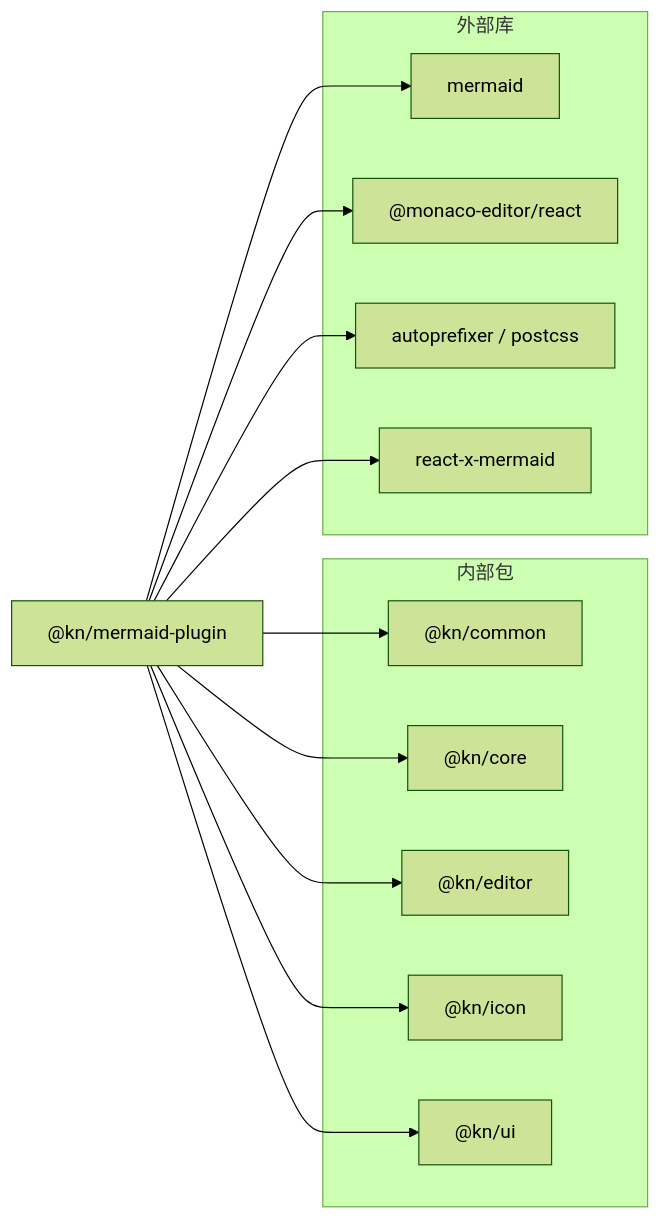
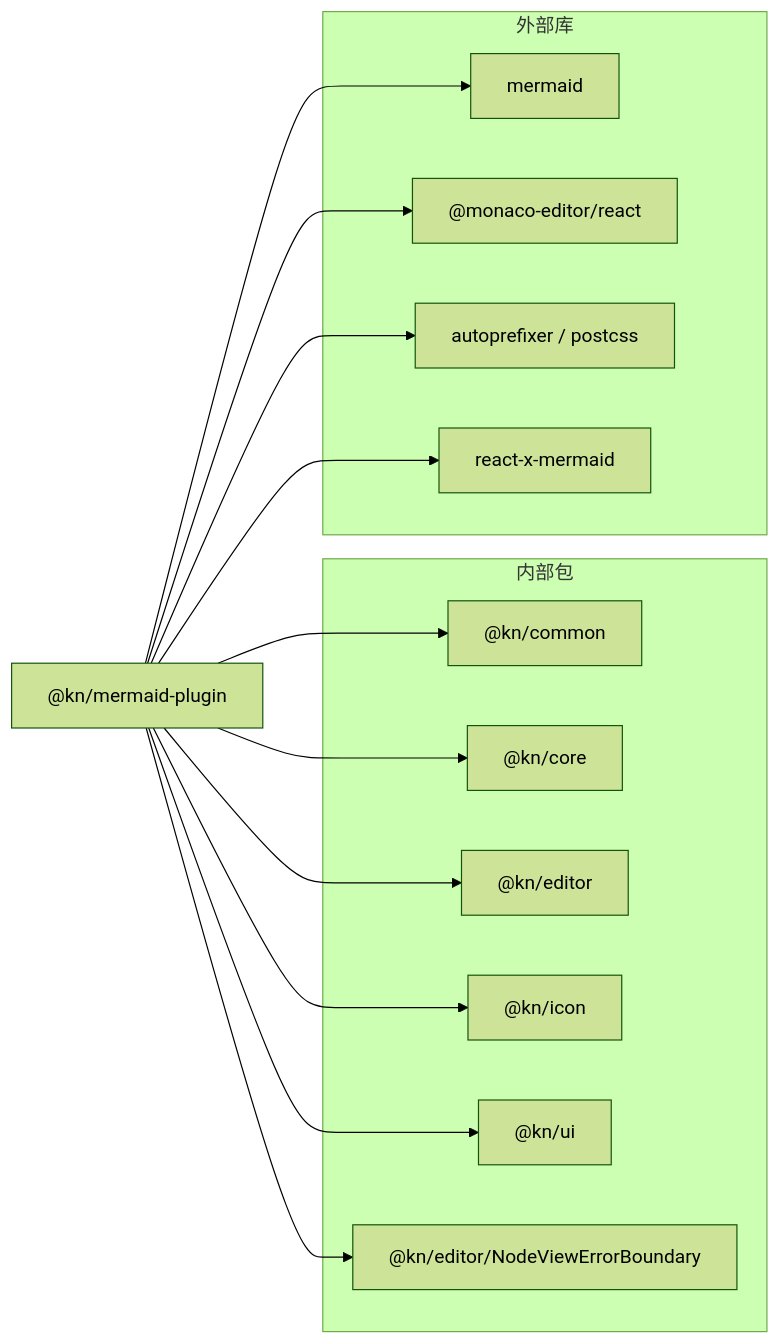
The ninth of 9 diagrams in .qoder/repowiki/zh/content/功能模块/绘图插件/Mermaid图表插件.md (LRF0422/Kotion), drawn with Mermaid (forest theme) before and after one commit. The commit also changed other lines of this file and 14 other files, not shown here.

````diff
--- a/.qoder/repowiki/zh/content/功能模块/绘图插件/Mermaid图表插件.md
+++ b/.qoder/repowiki/zh/content/功能模块/绘图插件/Mermaid图表插件.md
@@ -371,25 +439,27 @@
 ```mermaid
 graph LR
 subgraph "内部包"
 Common["@kn/common"]
 Core["@kn/core"]
 Editor["@kn/editor"]
 Icon["@kn/icon"]
 UI["@kn/ui"]
+ErrorBoundary["@kn/editor/NodeViewErrorBoundary"]
 end
 subgraph "外部库"
 MermaidLib["mermaid"]
 Monaco["@monaco-editor/react"]
 PostCSS["autoprefixer / postcss"]
 ReactXM["react-x-mermaid"]
 end
 Plugin["@kn/mermaid-plugin"] --> Common
 Plugin --> Core
 Plugin --> Editor
 Plugin --> Icon
 Plugin --> UI
 Plugin --> MermaidLib
 Plugin --> Monaco
 Plugin --> PostCSS
 Plugin --> ReactXM
+Plugin --> ErrorBoundary
 ```
````
